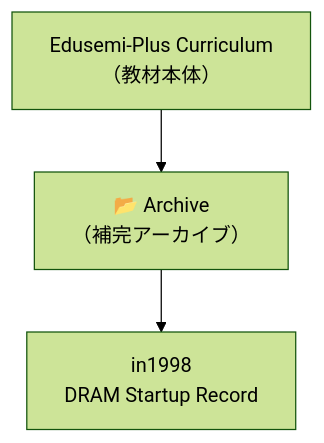
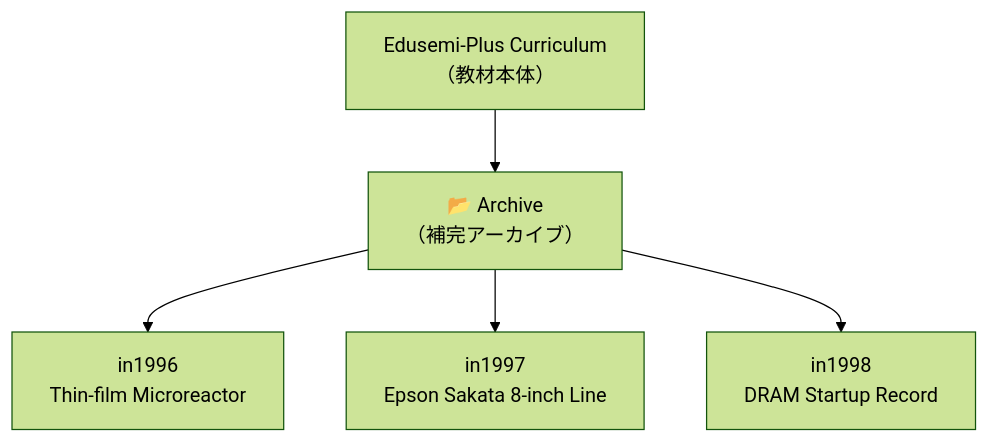
The diagram in archive/README.md (Samizo-AITL/Edusemi-Plus), drawn with Mermaid (forest theme) before and after one commit. The commit also changed other lines of this file, not shown here.

````diff
--- a/archive/README.md
+++ b/archive/README.md
@@ -74,7 +75,11 @@
 ```mermaid
 flowchart TD
     EdusemiPlus[Edusemi-Plus Curriculum<br>（教材本体）]
     Archive[📂 Archive<br>（補完アーカイブ）]
+    in1996[in1996<br>Thin-film Microreactor]
+    in1997[in1997<br>Epson Sakata 8-inch Line]
     in1998[in1998<br>DRAM Startup Record]
-    EdusemiPlus --> Archive --> in1998
+    EdusemiPlus --> Archive --> in1996
+    Archive --> in1997
+    Archive --> in1998
 ```
````
